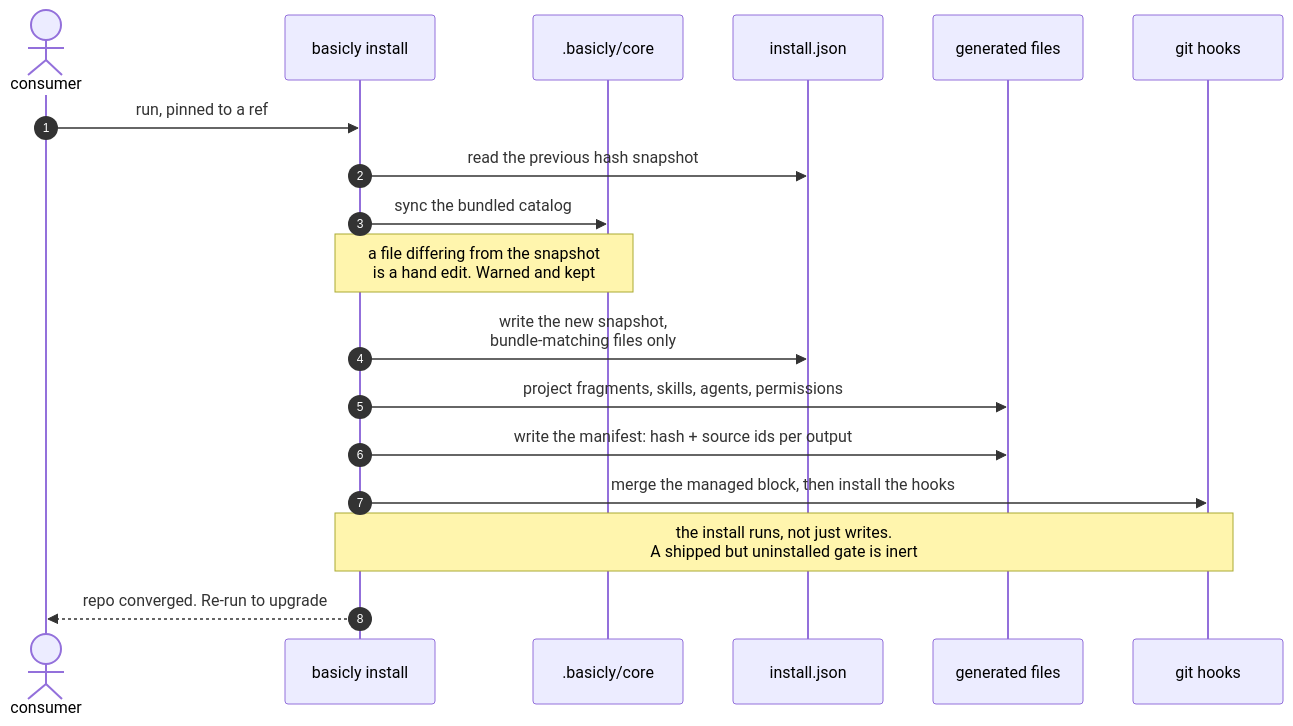
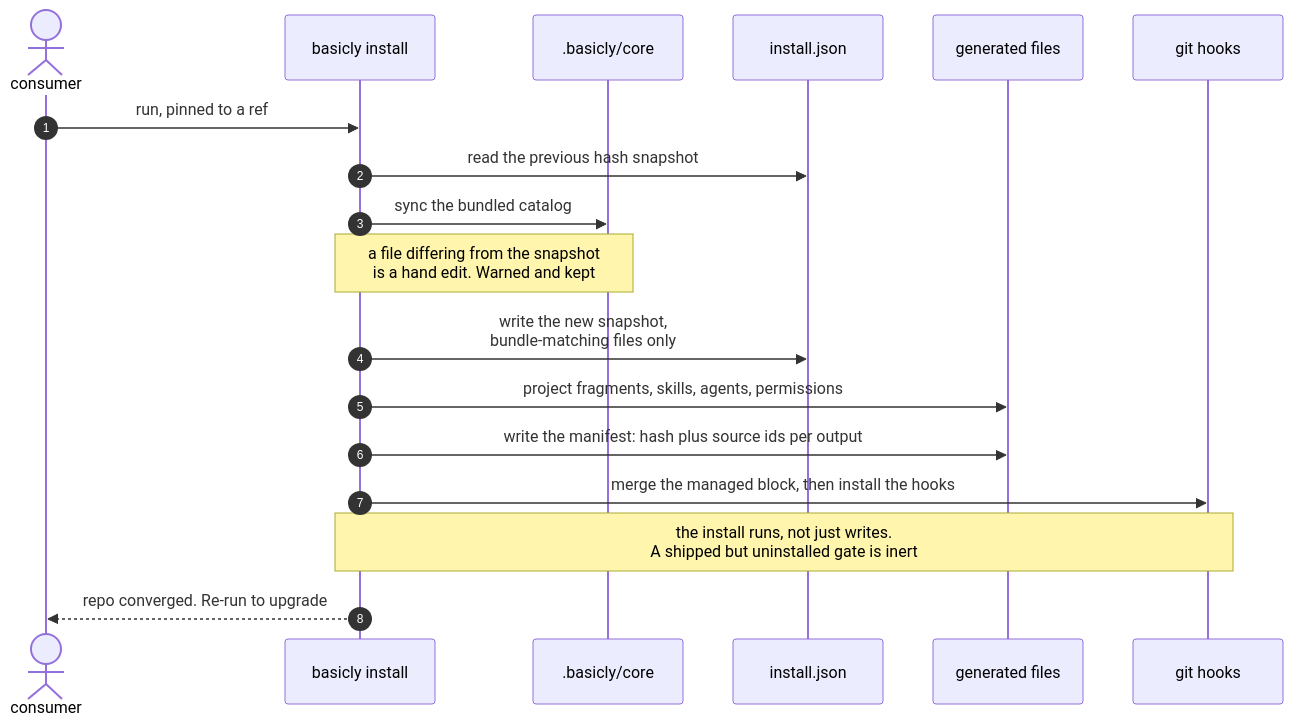
The fifth of 16 diagrams in docs/architecture/architecture.md (niksavis/basicly), drawn with Mermaid before and after one commit. The commit also changed other lines of this file and 6 other files, not shown here.

First line of the commit message:
docs(architecture)!: replace the reference with the rewritten one

````diff
--- a/docs/architecture/architecture.md
+++ b/docs/architecture/architecture.md
@@ -1003,21 +1199,21 @@
 ```mermaid
 sequenceDiagram
   autonumber
   actor Dev as consumer
   participant CLI as basicly install
   participant Core as .basicly/core
   participant State as install.json
   participant Out as generated files
   participant Git as git hooks
 
   Dev->>CLI: run, pinned to a ref
   CLI->>State: read the previous hash snapshot
   CLI->>Core: sync the bundled catalog
   Note over CLI,Core: a file differing from the snapshot<br/>is a hand edit. Warned and kept
   CLI->>State: write the new snapshot,<br/>bundle-matching files only
   CLI->>Out: project fragments, skills, agents, permissions
-  CLI->>Out: write the manifest: hash + source ids per output
+  CLI->>Out: write the manifest: hash plus source ids per output
   CLI->>Git: merge the managed block, then install the hooks
   Note over CLI,Git: the install runs, not just writes.<br/>A shipped but uninstalled gate is inert
   CLI-->>Dev: repo converged. Re-run to upgrade
 ```
````
